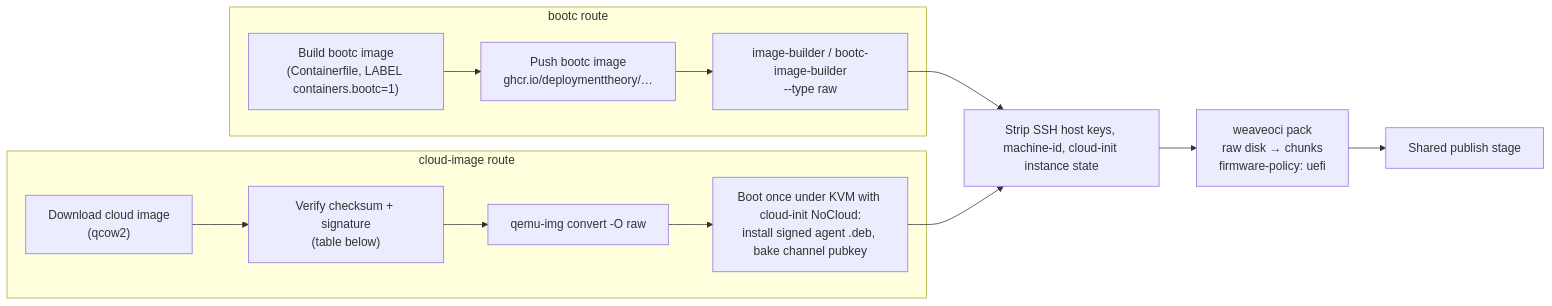
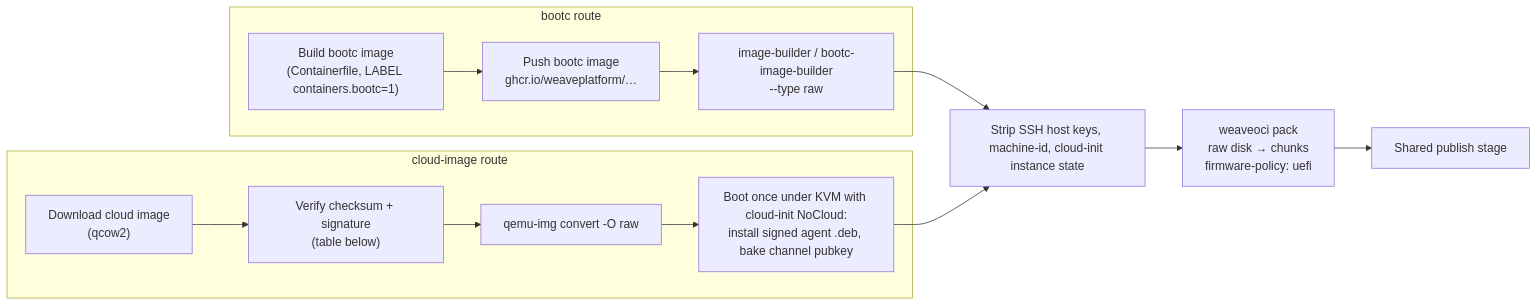
One commit to weaveplatform/weaveplatform-oci changed the third of 5 diagrams in docs/research/07-build-pipelines.md. Above: the diagram before and after it, drawn with Mermaid. The commit also changed other lines of this file and 113 other files, not shown here.

````diff
--- a/docs/research/07-build-pipelines.md
+++ b/docs/research/07-build-pipelines.md
@@ -128,16 +128,16 @@
 ```mermaid
 flowchart LR
     subgraph bootc["bootc route"]
-      bimg["Build bootc image<br/>(Containerfile, LABEL containers.bootc=1)"] --> bpush["Push bootc image<br/>ghcr.io/deploymenttheory/…"]
+      bimg["Build bootc image<br/>(Containerfile, LABEL containers.bootc=1)"] --> bpush["Push bootc image<br/>ghcr.io/weaveplatform/…"]
       bpush --> bib["image-builder / bootc-image-builder<br/>--type raw"]
     end
     subgraph cloud["cloud-image route"]
       cimg["Download cloud image<br/>(qcow2)"] --> csum["Verify checksum + signature<br/>(table below)"]
       csum --> conv["qemu-img convert -O raw"]
       conv --> ci["Boot once under KVM with cloud-init NoCloud:<br/>install signed agent .deb, bake channel pubkey"]
     end
     bib --> clean["Strip SSH host keys, machine-id, cloud-init instance state"]
     ci --> clean
     clean --> pack["weaveoci pack<br/>raw disk → chunks<br/>firmware-policy: uefi"]
     pack --> publish["Shared publish stage"]
 ```
````
